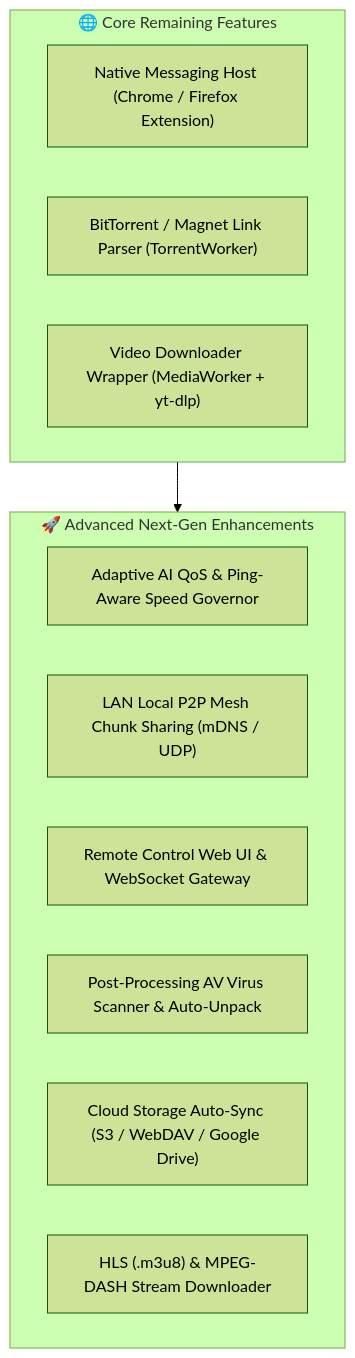
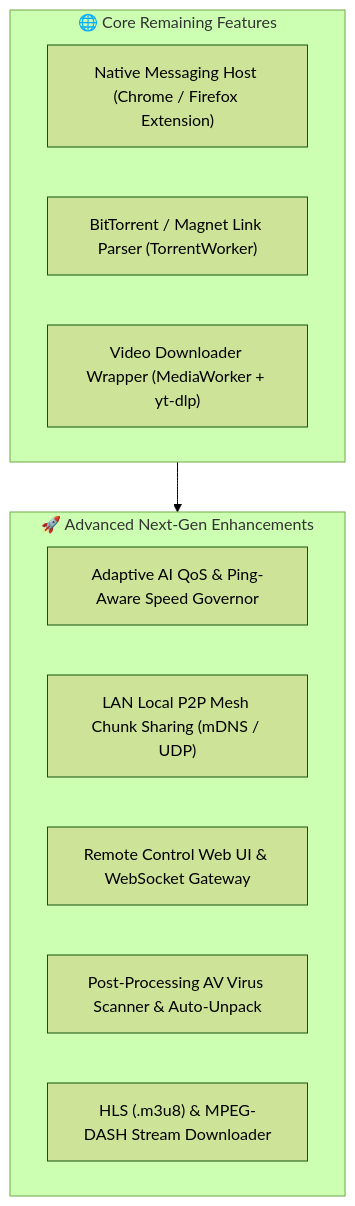
The diagram in implementation_plan.md (HawkdotDev/grabbit), drawn with Mermaid (forest theme) before and after one commit. The commit also changed other lines of this file, not shown here.

Commit message:
docs: remove Cloud Storage Auto-Sync from implementation plan

````diff
--- a/implementation_plan.md
+++ b/implementation_plan.md
@@ -9,19 +9,18 @@
 ```mermaid
 graph TB
     subgraph Core["🌐 Core Remaining Features"]
         NMH["Native Messaging Host (Chrome / Firefox Extension)"]
         MagnetWorker["BitTorrent / Magnet Link Parser (TorrentWorker)"]
         YtDlpWorker["Video Downloader Wrapper (MediaWorker + yt-dlp)"]
     end
 
     subgraph Advanced["🚀 Advanced Next-Gen Enhancements"]
         AdaptiveQoS["Adaptive AI QoS & Ping-Aware Speed Governor"]
         LocalMesh["LAN Local P2P Mesh Chunk Sharing (mDNS / UDP)"]
         RemoteWebUI["Remote Control Web UI & WebSocket Gateway"]
         AutoPostProcess["Post-Processing AV Virus Scanner & Auto-Unpack"]
-        CloudSync["Cloud Storage Auto-Sync (S3 / WebDAV / Google Drive)"]
         HlsStream["HLS (.m3u8) & MPEG-DASH Stream Downloader"]
     end
 
     Core --> Advanced
 ```
````
